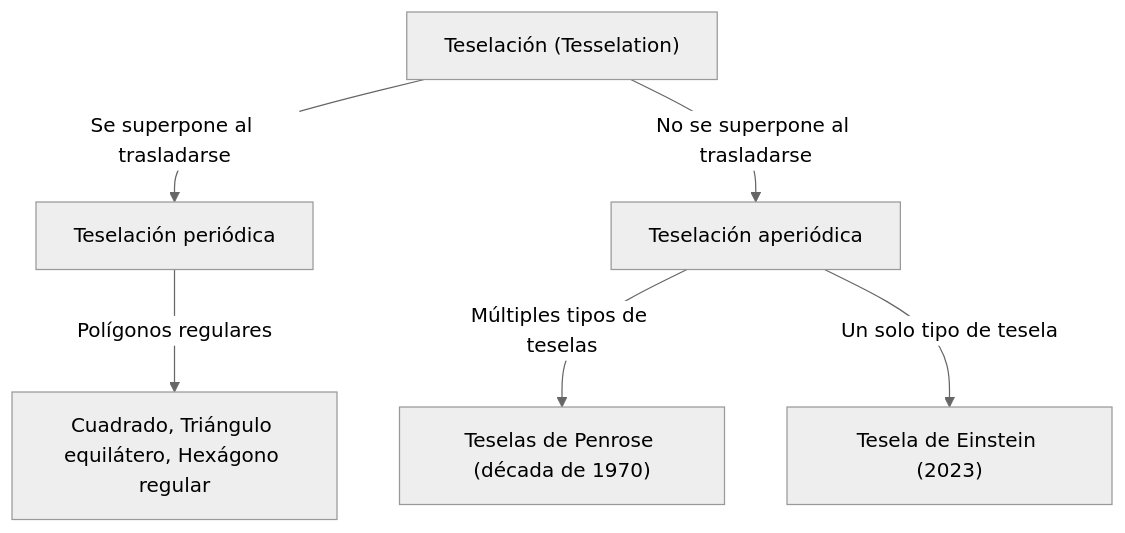
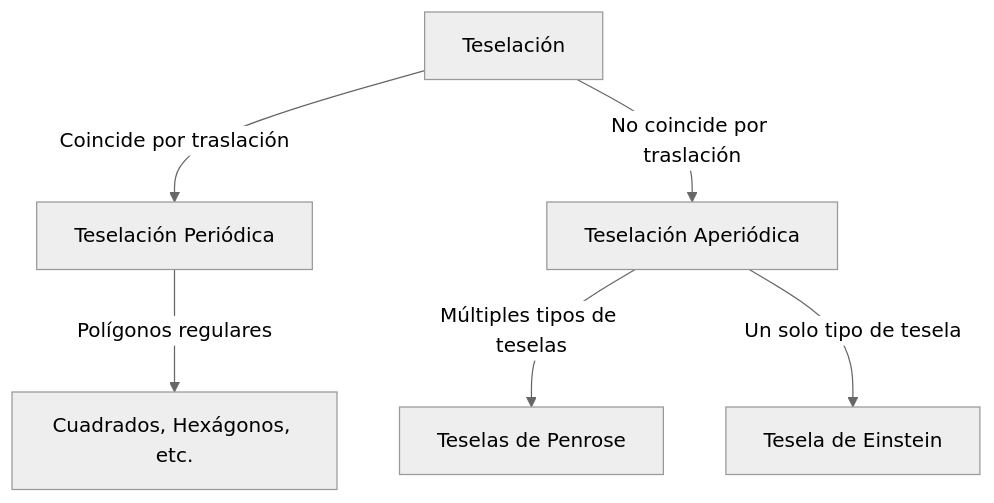
One commit to kenjinote/blog changed the diagram in content/post/aperiodic-tiling-problem/index.es.md. Above: the diagram before and after it, drawn with Mermaid (neutral theme). The commit also changed other lines of this file and 129 other files, not shown here.

````diff
--- a/content/post/aperiodic-tiling-problem/index.es.md
+++ b/content/post/aperiodic-tiling-problem/index.es.md
@@ -23,9 +17,8 @@
 ```mermaid
 graph TD
-    A["Teselación (Tesselation)"]
-    A -- "Se superpone al trasladarse" --> B["Teselación periódica"]
-    A -- "No se superpone al trasladarse" --> C["Teselación aperiódica"]
-    B -- "Polígonos regulares" --> D["Cuadrado, Triángulo equilátero, Hexágono regular"]
-    C -- "Múltiples tipos de teselas" --> E["Teselas de Penrose (década de 1970)"]
-    C -- "Un solo tipo de tesela" --> F["Tesela de Einstein (2023)"]
+    A["Teselación"] -- "Coincide por traslación" --> B["Teselación Periódica"]
+    A -- "No coincide por traslación" --> C["Teselación Aperiódica"]
+    B -- "Polígonos regulares" --> D["Cuadrados, Hexágonos, etc."]
+    C -- "Múltiples tipos de teselas" --> E["Teselas de Penrose"]
+    C -- "Un solo tipo de tesela" --> F["Tesela de Einstein"]
 ```
````
